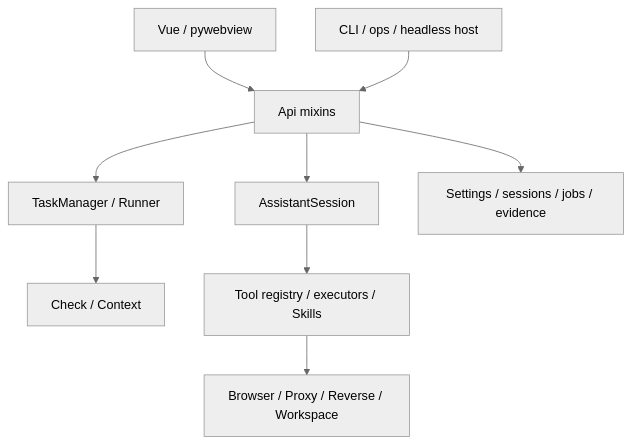
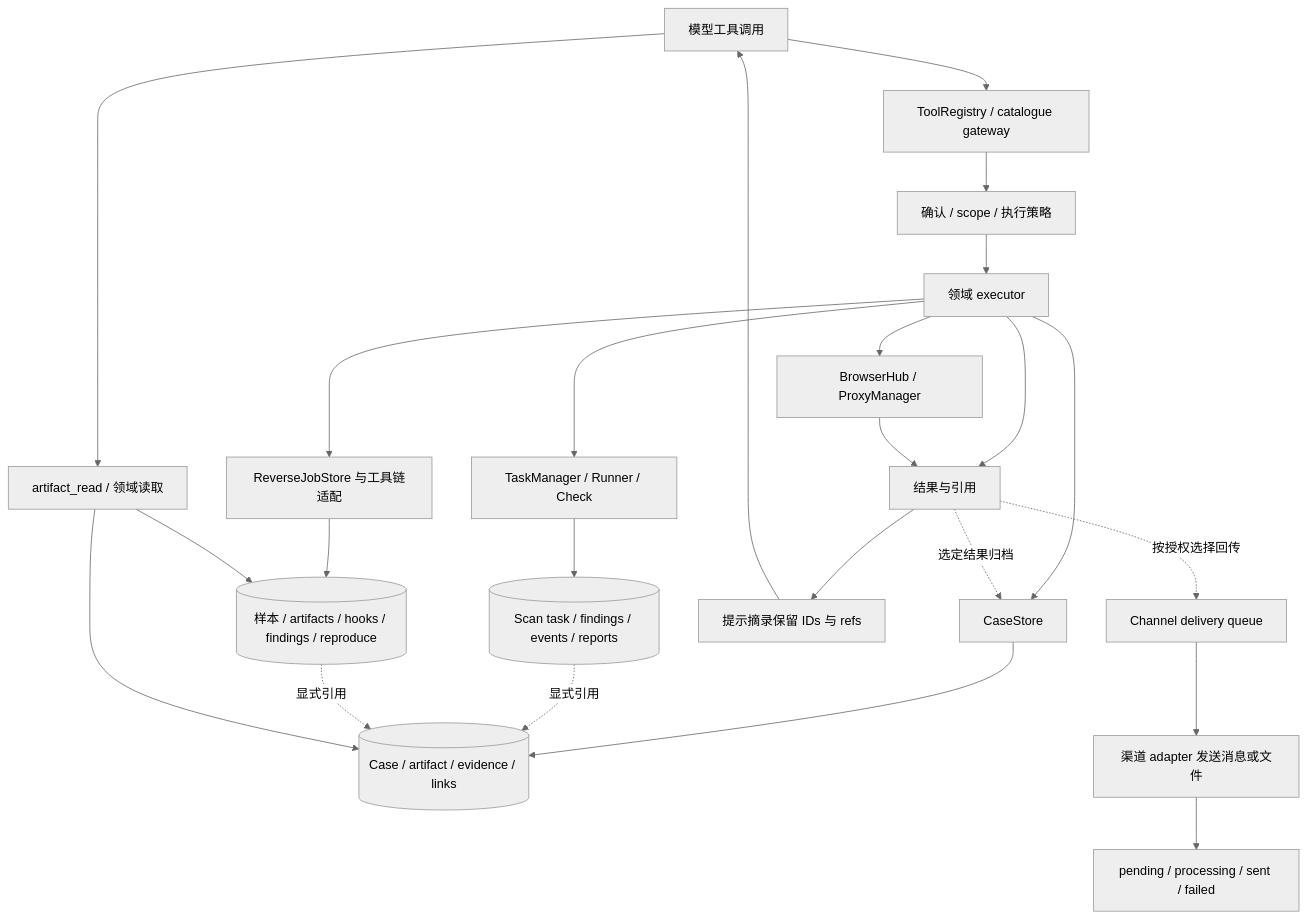
One commit to HG-ha/Argusai changed the second of 2 diagrams in wiki/Architecture-and-Development.md. Above: the diagram before and after it, drawn with Mermaid (neutral theme). The commit also changed other lines of this file and 19 other files, not shown here.

````diff
--- a/wiki/Architecture-and-Development.md
+++ b/wiki/Architecture-and-Development.md
@@ -9,11 +200,26 @@
 ```mermaid
 flowchart TB
-    GUI[Vue / pywebview] --> API[Api mixins]
-    CLI[CLI / ops / headless host] --> API
-    API --> TASKS[TaskManager / Runner]
-    TASKS --> CHECKS[Check / Context]
-    API --> SESSION[AssistantSession]
-    SESSION --> TOOLS[Tool registry / executors / Skills]
-    TOOLS --> DOMAINS[Browser / Proxy / Reverse / Workspace]
-    API --> STORE[Settings / sessions / jobs / evidence]
+    MODEL[模型工具调用] --> REG[ToolRegistry / catalogue gateway]
+    REG --> POLICY[确认 / scope / 执行策略]
+    POLICY --> EXEC[领域 executor]
+    EXEC --> SCAN[TaskManager / Runner / Check]
+    SCAN --> TASK[(Scan task / findings / events / reports)]
+    EXEC --> REVERSE[ReverseJobStore 与工具链适配]
+    REVERSE --> REV[(样本 / artifacts / hooks / findings / reproduce)]
+    EXEC --> LIVE[BrowserHub / ProxyManager]
+    EXEC --> CASEAPI[CaseStore]
+    CASEAPI --> CASE[(Case / artifact / evidence / links)]
+    EXEC --> RESULT[结果与引用]
+    LIVE --> RESULT
+    RESULT -.选定结果归档.-> CASEAPI
+    TASK -.显式引用.-> CASE
+    REV -.显式引用.-> CASE
+    RESULT --> COMPACT[提示摘录保留 IDs 与 refs]
+    COMPACT --> MODEL
+    MODEL --> READ[artifact_read / 领域读取]
+    READ --> CASE
+    READ --> REV
+    RESULT -.按授权选择回传.-> DELIVERY[Channel delivery queue]
+    DELIVERY --> ADAPTER[渠道 adapter 发送消息或文件]
+    ADAPTER --> RECEIPT[pending / processing / sent / failed]
 ```
````
